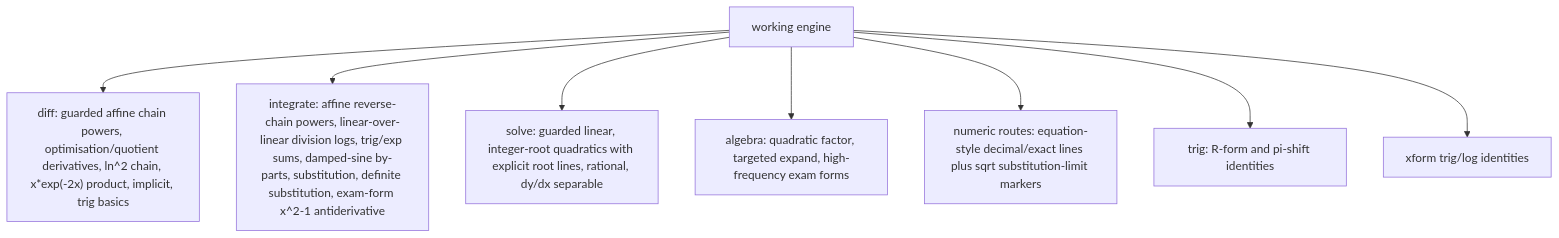
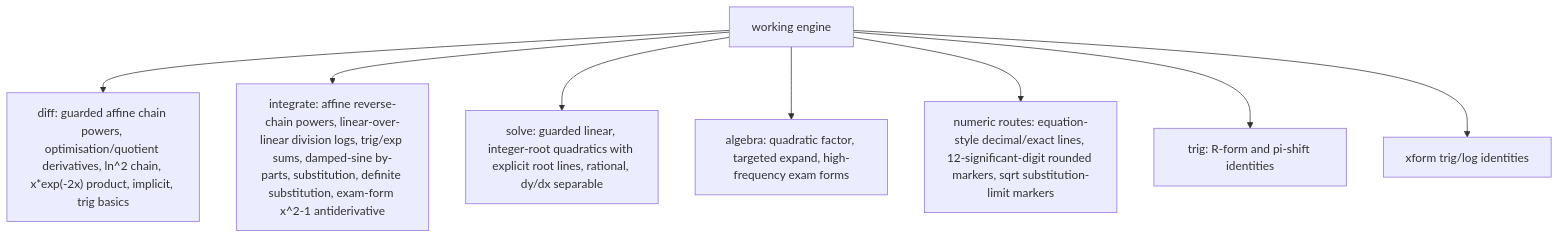
One commit to james8464/notes-addin-casio-fx-cg50 changed the third of 6 diagrams in docs/GRAPH.md. Above: the diagram before and after it, drawn with Mermaid. The commit also changed other lines of this file and 3 other files, not shown here.

Commit message:
improve numeric rounding markers

````diff
--- a/docs/GRAPH.md
+++ b/docs/GRAPH.md
@@ -36,10 +36,10 @@
 ```mermaid
 graph TD
   Work["working engine"] --> Diff["diff: guarded affine chain powers, optimisation/quotient derivatives, ln^2 chain, x*exp(-2x) product, implicit, trig basics"]
   Work --> Int["integrate: affine reverse-chain powers, linear-over-linear division logs, trig/exp sums, damped-sine by-parts, substitution, definite substitution, exam-form x^2-1 antiderivative"]
   Work --> Solve["solve: guarded linear, integer-root quadratics with explicit root lines, rational, dy/dx separable"]
   Work --> Alg["algebra: quadratic factor, targeted expand, high-frequency exam forms"]
-  Work --> Num["numeric routes: equation-style decimal/exact lines plus sqrt substitution-limit markers"]
+  Work --> Num["numeric routes: equation-style decimal/exact lines, 12-significant-digit rounded markers, sqrt substitution-limit markers"]
   Work --> Trig["trig: R-form and pi-shift identities"]
   Work --> Xform["xform trig/log identities"]
 ```
````
